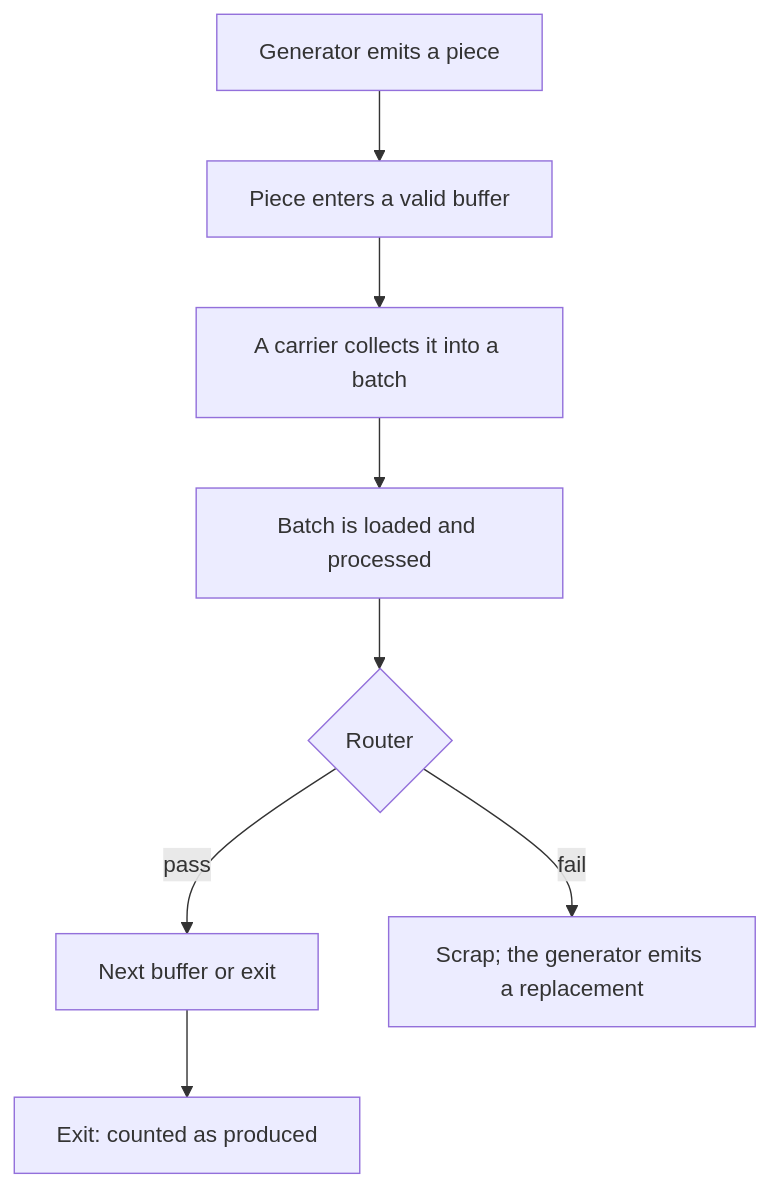
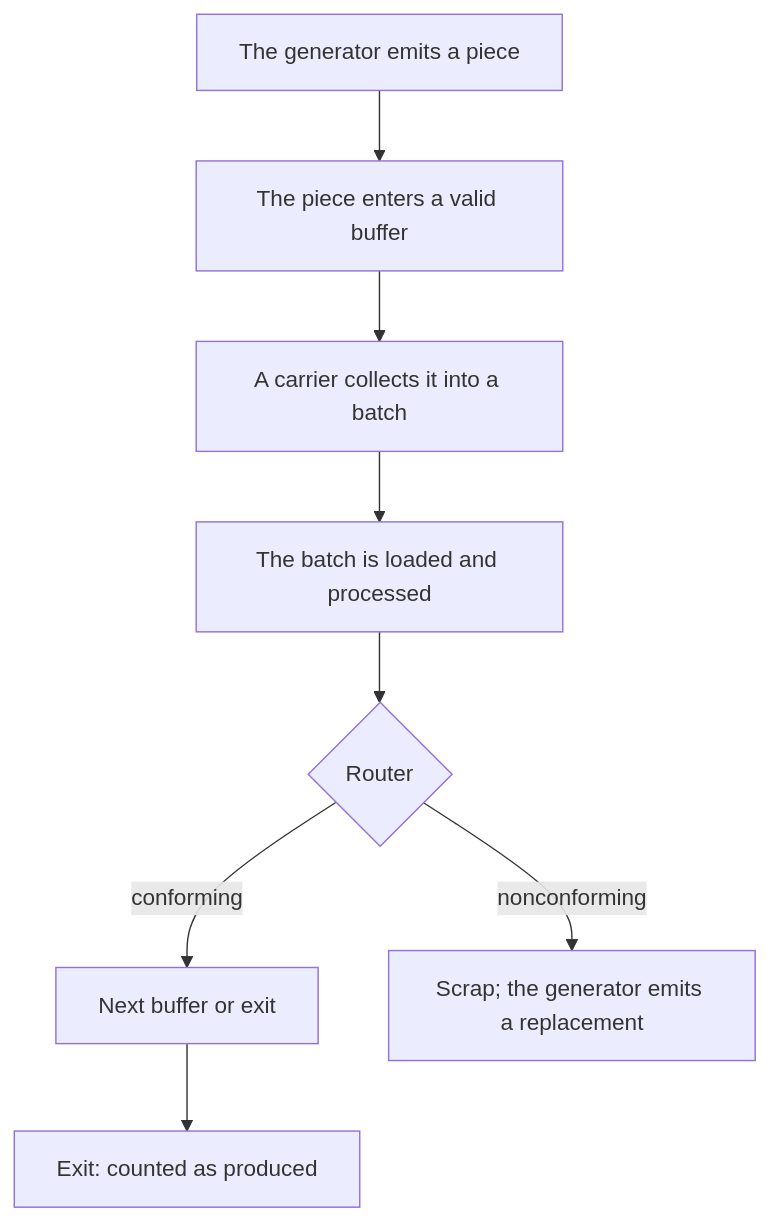
The sixth of 6 diagrams in documentation/simulation.en.md (anthony-tannoury/Flow-simulator), drawn with Mermaid before and after one commit. The commit also changed other lines of this file and 13 other files, not shown here.

````diff
--- a/documentation/simulation.en.md
+++ b/documentation/simulation.en.md
@@ -384,10 +425,10 @@
 ```mermaid
 flowchart TD
-    A[Generator emits a piece] --> B[Piece enters a valid buffer]
+    A[The generator emits a piece] --> B[The piece enters a valid buffer]
     B --> C[A carrier collects it into a batch]
-    C --> D[Batch is loaded and processed]
+    C --> D[The batch is loaded and processed]
     D --> E{Router}
-    E -->|pass| F[Next buffer or exit]
-    E -->|fail| G[Scrap; the generator emits a replacement]
+    E -->|conforming| F[Next buffer or exit]
+    E -->|nonconforming| G[Scrap; the generator emits a replacement]
     F --> H[Exit: counted as produced]
 ```
````
